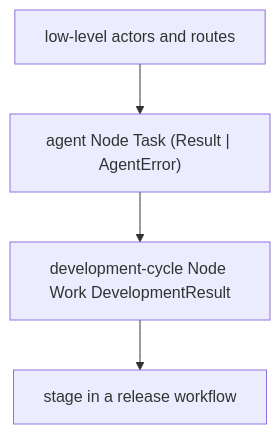
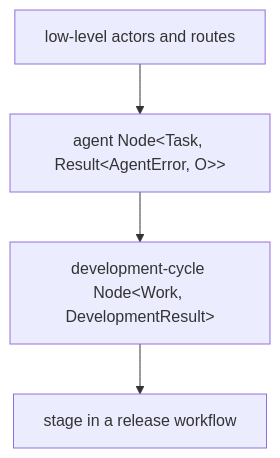
One commit to Demezy/nefor changed the first of 3 diagrams in mag/book/02. nefor/03. Hierarchical Composition.md. Above: the diagram before and after it, drawn with Mermaid. The commit also changed other lines of this file and 72 other files, not shown here.

````diff
--- a/mag/book/02. nefor/03. Hierarchical Composition.md
+++ b/mag/book/02. nefor/03. Hierarchical Composition.md
@@ -6,6 +6,6 @@
 ```mermaid
 flowchart TB
-  actors["low-level actors and routes"] --> agent["agent Node Task (Result | AgentError)"]
-  agent --> cycle["development-cycle Node Work DevelopmentResult"]
+  actors["low-level actors and routes"] --> agent["agent Node&lt;Task, Result&lt;AgentError, O&gt;&gt;"]
+  agent --> cycle["development-cycle Node&lt;Work, DevelopmentResult&gt;"]
   cycle --> release["stage in a release workflow"]
 ```
````
